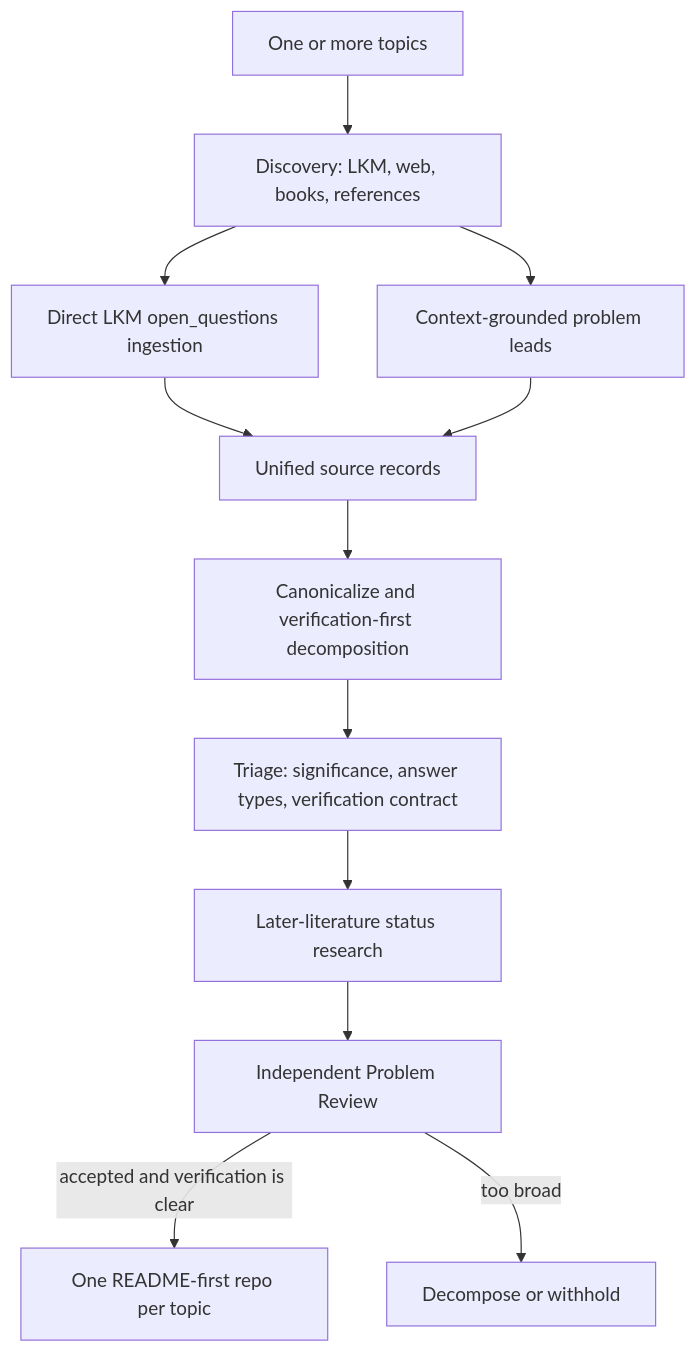
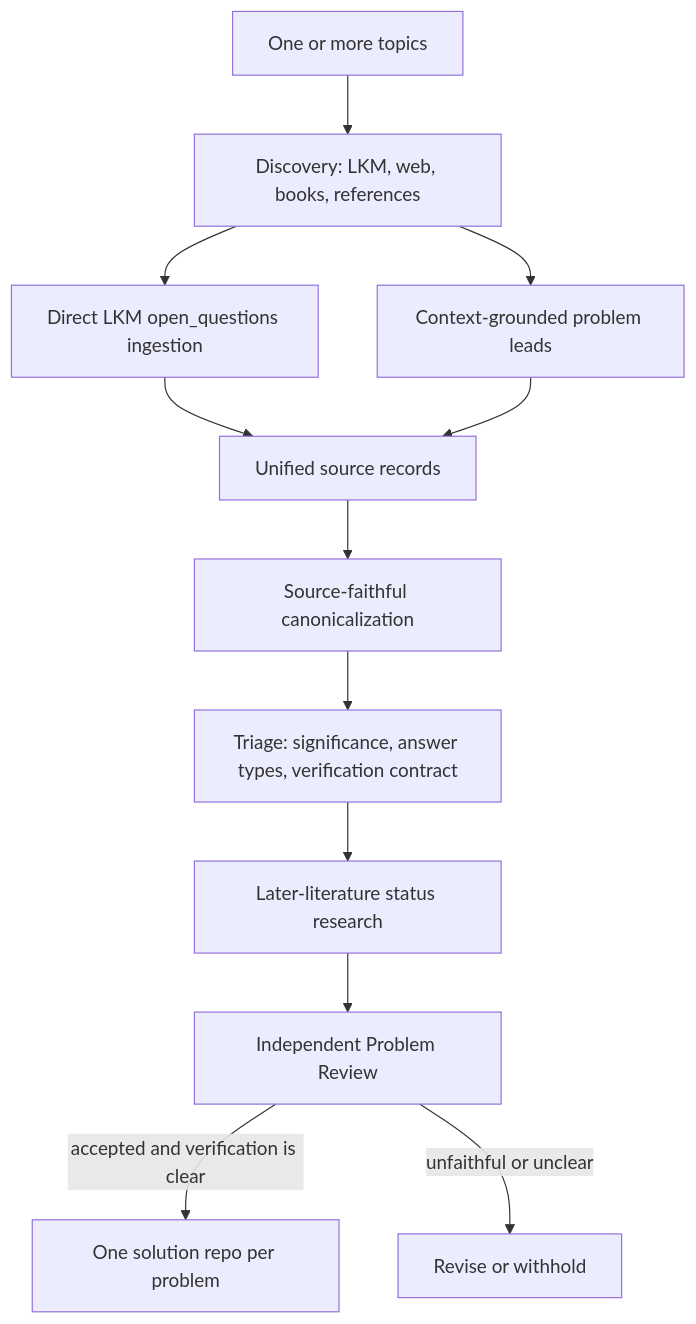
The diagram in README.md (kunyuan/open-research-discovery), drawn with Mermaid before and after one commit. The commit also changed other lines of this file and 15 other files, not shown here.

Commit message:
Preserve source scope in solution repositories

````diff
--- a/README.md
+++ b/README.md
@@ -88,14 +91,14 @@
 ```mermaid
 flowchart TD
     T["One or more topics"] --> D["Discovery: LKM, web, books, references"]
     D --> L["Direct LKM open_questions ingestion"]
     D --> C["Context-grounded problem leads"]
     L --> S["Unified source records"]
     C --> S
-    S --> A["Canonicalize and verification-first decomposition"]
+    S --> A["Source-faithful canonicalization"]
     A --> G["Triage: significance, answer types, verification contract"]
     G --> R["Later-literature status research"]
     R --> P["Independent Problem Review"]
-    P -->|"accepted and verification is clear"| O["One README-first repo per topic"]
-    P -->|"too broad"| X["Decompose or withhold"]
+    P -->|"accepted and verification is clear"| O["One solution repo per problem"]
+    P -->|"unfaithful or unclear"| X["Revise or withhold"]
 ```
````
